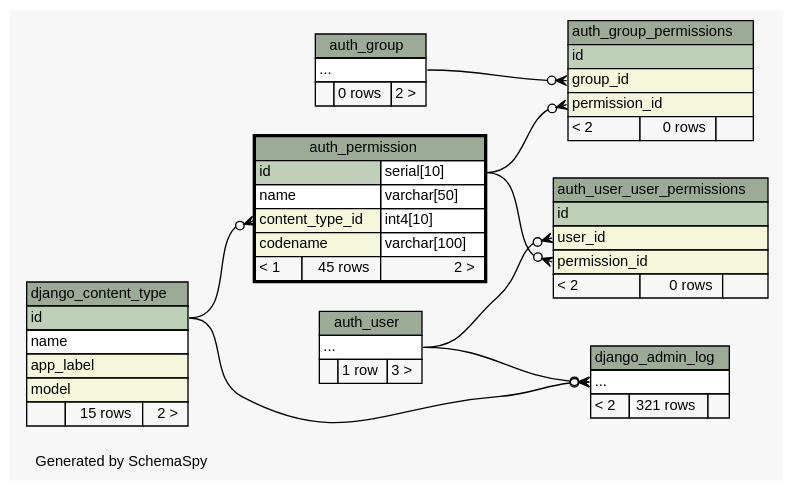
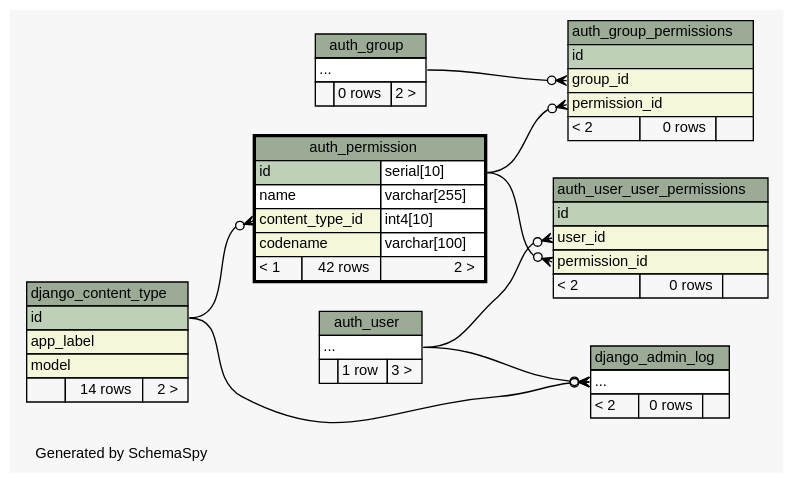
Before and after one commit to jingyayeah/multiscale-galactose: the diagram in database/schema/diagrams/auth_permission.2degrees.dot, drawn with Graphviz. The commit also changed 220 other files, not shown here.

Commit message:
Database schema updated & refactoring the Simulation Factories

```diff
--- a/database/schema/diagrams/auth_permission.2degrees.dot
+++ b/database/schema/diagrams/auth_permission.2degrees.dot
@@ -1,109 +1,108 @@
-// dot 2.26.3 on Linux 3.11.0-12-generic
+// dot 2.36.0 on Linux 3.13.0-43-generic
 // SchemaSpy rev 590
 digraph "twoDegreesRelationshipsDiagram" {
   graph [
     rankdir="RL"
     bgcolor="#f7f7f7"
     label="\nGenerated by SchemaSpy"
     labeljust="l"
     nodesep="0.18"
     ranksep="0.46"
     fontname="Helvetica"
     fontsize="11"
   ];
   node [
     fontname="Helvetica"
     fontsize="11"
     shape="plaintext"
   ];
   edge [
     arrowsize="0.8"
   ];
   "auth_group_permissions":"group_id":w -> "auth_group":"elipses":e [arrowhead=none dir=back arrowtail=crowodot];
   "auth_group_permissions":"permission_id":w -> "auth_permission":"id.type":e [arrowhead=none dir=back arrowtail=crowodot];
   "auth_permission":"content_type_id":w -> "django_content_type":"id":e [arrowhead=none dir=back arrowtail=crowodot];
   "auth_user_user_permissions":"permission_id":w -> "auth_permission":"id.type":e [arrowhead=none dir=back arrowtail=crowodot];
   "auth_user_user_permissions":"user_id":w -> "auth_user":"elipses":e [arrowhead=none dir=back arrowtail=crowodot];
   "django_admin_log":"elipses":w -> "django_content_type":"id":e [arrowhead=none dir=back arrowtail=crowodot];
   "django_admin_log":"elipses":w -> "auth_user":"elipses":e [arrowhead=none dir=back arrowtail=crowodot];
   "auth_group" [
     label=<
     <TABLE BORDER="0" CELLBORDER="1" CELLSPACING="0" BGCOLOR="#ffffff">
       <TR><TD COLSPAN="3" BGCOLOR="#9bab96" ALIGN="CENTER">auth_group</TD></TR>
       <TR><TD PORT="elipses" COLSPAN="3" ALIGN="LEFT">...</TD></TR>
       <TR><TD ALIGN="LEFT" BGCOLOR="#f7f7f7">  </TD><TD ALIGN="RIGHT" BGCOLOR="#f7f7f7">0 rows</TD><TD ALIGN="RIGHT" BGCOLOR="#f7f7f7">2 &gt;</TD></TR>
     </TABLE>>
     URL="auth_group.html"
     tooltip="auth_group"
   ];
   "auth_group_permissions" [
     label=<
     <TABLE BORDER="0" CELLBORDER="1" CELLSPACING="0" BGCOLOR="#ffffff">
       <TR><TD COLSPAN="3" BGCOLOR="#9bab96" ALIGN="CENTER">auth_group_permissions</TD></TR>
       <TR><TD PORT="id" COLSPAN="3" BGCOLOR="#bed1b8" ALIGN="LEFT">id</TD></TR>
       <TR><TD PORT="group_id" COLSPAN="3" BGCOLOR="#f4f7da" ALIGN="LEFT">group_id</TD></TR>
       <TR><TD PORT="permission_id" COLSPAN="3" BGCOLOR="#f4f7da" ALIGN="LEFT">permission_id</TD></TR>
       <TR><TD ALIGN="LEFT" BGCOLOR="#f7f7f7">&lt; 2</TD><TD ALIGN="RIGHT" BGCOLOR="#f7f7f7">0 rows</TD><TD ALIGN="RIGHT" BGCOLOR="#f7f7f7">  </TD></TR>
     </TABLE>>
     URL="auth_group_permissions.html"
     tooltip="auth_group_permissions"
   ];
   "auth_permission" [
     label=<
     <TABLE BORDER="2" CELLBORDER="1" CELLSPACING="0" BGCOLOR="#ffffff">
       <TR><TD COLSPAN="3" BGCOLOR="#9bab96" ALIGN="CENTER">auth_permission</TD></TR>
       <TR><TD PORT="id" COLSPAN="2" BGCOLOR="#bed1b8" ALIGN="LEFT">id</TD><TD PORT="id.type" ALIGN="LEFT">serial[10]</TD></TR>
-      <TR><TD PORT="name" COLSPAN="2" ALIGN="LEFT">name</TD><TD PORT="name.type" ALIGN="LEFT">varchar[50]</TD></TR>
+      <TR><TD PORT="name" COLSPAN="2" ALIGN="LEFT">name</TD><TD PORT="name.type" ALIGN="LEFT">varchar[255]</TD></TR>
       <TR><TD PORT="content_type_id" COLSPAN="2" BGCOLOR="#f4f7da" ALIGN="LEFT">content_type_id</TD><TD PORT="content_type_id.type" ALIGN="LEFT">int4[10]</TD></TR>
       <TR><TD PORT="codename" COLSPAN="2" BGCOLOR="#f4f7da" ALIGN="LEFT">codename</TD><TD PORT="codename.type" ALIGN="LEFT">varchar[100]</TD></TR>
-      <TR><TD ALIGN="LEFT" BGCOLOR="#f7f7f7">&lt; 1</TD><TD ALIGN="RIGHT" BGCOLOR="#f7f7f7">45 rows</TD><TD ALIGN="RIGHT" BGCOLOR="#f7f7f7">2 &gt;</TD></TR>
+      <TR><TD ALIGN="LEFT" BGCOLOR="#f7f7f7">&lt; 1</TD><TD ALIGN="RIGHT" BGCOLOR="#f7f7f7">42 rows</TD><TD ALIGN="RIGHT" BGCOLOR="#f7f7f7">2 &gt;</TD></TR>
     </TABLE>>
     URL="auth_permission.html"
     tooltip="auth_permission"
   ];
   "auth_user" [
     label=<
     <TABLE BORDER="0" CELLBORDER="1" CELLSPACING="0" BGCOLOR="#ffffff">
       <TR><TD COLSPAN="3" BGCOLOR="#9bab96" ALIGN="CENTER">auth_user</TD></TR>
       <TR><TD PORT="elipses" COLSPAN="3" ALIGN="LEFT">...</TD></TR>
       <TR><TD ALIGN="LEFT" BGCOLOR="#f7f7f7">  </TD><TD ALIGN="RIGHT" BGCOLOR="#f7f7f7">1 row</TD><TD ALIGN="RIGHT" BGCOLOR="#f7f7f7">3 &gt;</TD></TR>
     </TABLE>>
     URL="auth_user.html"
     tooltip="auth_user"
   ];
   "auth_user_user_permissions" [
     label=<
     <TABLE BORDER="0" CELLBORDER="1" CELLSPACING="0" BGCOLOR="#ffffff">
       <TR><TD COLSPAN="3" BGCOLOR="#9bab96" ALIGN="CENTER">auth_user_user_permissions</TD></TR>
       <TR><TD PORT="id" COLSPAN="3" BGCOLOR="#bed1b8" ALIGN="LEFT">id</TD></TR>
       <TR><TD PORT="user_id" COLSPAN="3" BGCOLOR="#f4f7da" ALIGN="LEFT">user_id</TD></TR>
       <TR><TD PORT="permission_id" COLSPAN="3" BGCOLOR="#f4f7da" ALIGN="LEFT">permission_id</TD></TR>
       <TR><TD ALIGN="LEFT" BGCOLOR="#f7f7f7">&lt; 2</TD><TD ALIGN="RIGHT" BGCOLOR="#f7f7f7">0 rows</TD><TD ALIGN="RIGHT" BGCOLOR="#f7f7f7">  </TD></TR>
     </TABLE>>
     URL="auth_user_user_permissions.html"
     tooltip="auth_user_user_permissions"
   ];
   "django_admin_log" [
     label=<
     <TABLE BORDER="0" CELLBORDER="1" CELLSPACING="0" BGCOLOR="#ffffff">
       <TR><TD COLSPAN="3" BGCOLOR="#9bab96" ALIGN="CENTER">django_admin_log</TD></TR>
       <TR><TD PORT="elipses" COLSPAN="3" ALIGN="LEFT">...</TD></TR>
-      <TR><TD ALIGN="LEFT" BGCOLOR="#f7f7f7">&lt; 2</TD><TD ALIGN="RIGHT" BGCOLOR="#f7f7f7">321 rows</TD><TD ALIGN="RIGHT" BGCOLOR="#f7f7f7">  </TD></TR>
+      <TR><TD ALIGN="LEFT" BGCOLOR="#f7f7f7">&lt; 2</TD><TD ALIGN="RIGHT" BGCOLOR="#f7f7f7">0 rows</TD><TD ALIGN="RIGHT" BGCOLOR="#f7f7f7">  </TD></TR>
     </TABLE>>
     URL="django_admin_log.html"
     tooltip="django_admin_log"
   ];
   "django_content_type" [
     label=<
     <TABLE BORDER="0" CELLBORDER="1" CELLSPACING="0" BGCOLOR="#ffffff">
       <TR><TD COLSPAN="3" BGCOLOR="#9bab96" ALIGN="CENTER">django_content_type</TD></TR>
       <TR><TD PORT="id" COLSPAN="3" BGCOLOR="#bed1b8" ALIGN="LEFT">id</TD></TR>
-      <TR><TD PORT="name" COLSPAN="3" ALIGN="LEFT">name</TD></TR>
       <TR><TD PORT="app_label" COLSPAN="3" BGCOLOR="#f4f7da" ALIGN="LEFT">app_label</TD></TR>
       <TR><TD PORT="model" COLSPAN="3" BGCOLOR="#f4f7da" ALIGN="LEFT">model</TD></TR>
-      <TR><TD ALIGN="LEFT" BGCOLOR="#f7f7f7">  </TD><TD ALIGN="RIGHT" BGCOLOR="#f7f7f7">15 rows</TD><TD ALIGN="RIGHT" BGCOLOR="#f7f7f7">2 &gt;</TD></TR>
+      <TR><TD ALIGN="LEFT" BGCOLOR="#f7f7f7">  </TD><TD ALIGN="RIGHT" BGCOLOR="#f7f7f7">14 rows</TD><TD ALIGN="RIGHT" BGCOLOR="#f7f7f7">2 &gt;</TD></TR>
     </TABLE>>
     URL="django_content_type.html"
     tooltip="django_content_type"
   ];
 }
```
